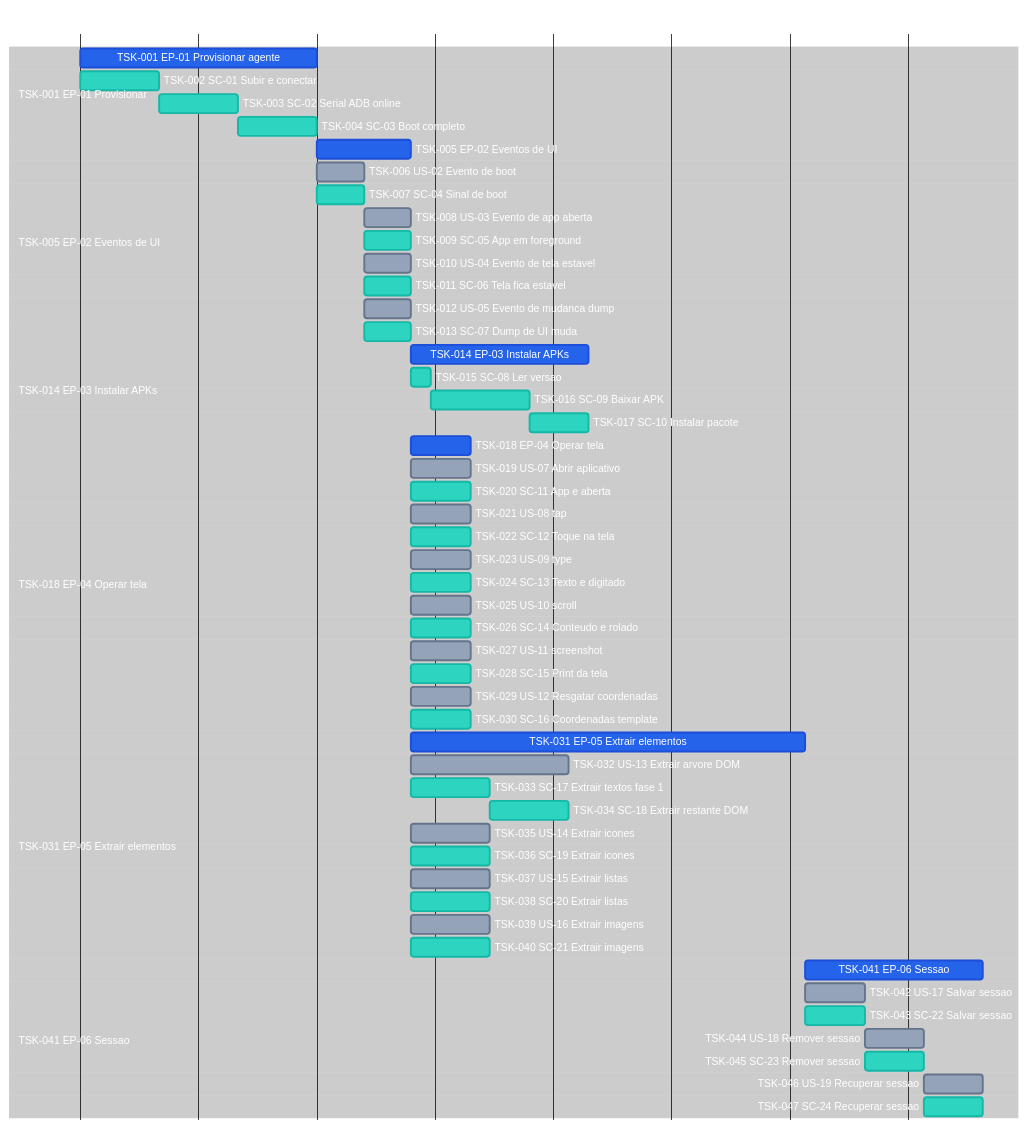
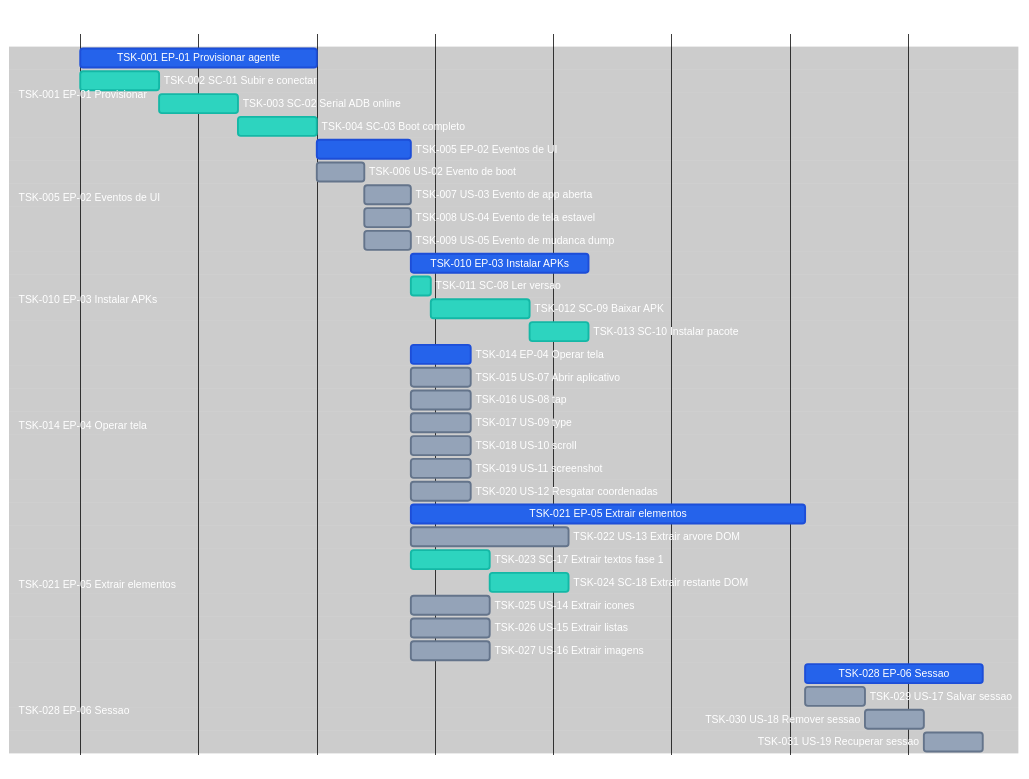
One commit to laerciogermano/workstation changed the diagram in connectmax/screen-robot/7.tasks.md. Above: the diagram before and after it, drawn with Mermaid. The commit also changed other lines of this file, not shown here.

Commit message:
Colapsa no Gantt de tasks pais com uma única filha SC; documenta a regra no discovery.

````diff
--- a/connectmax/screen-robot/7.tasks.md
+++ b/connectmax/screen-robot/7.tasks.md
@@ -59,53 +60,37 @@
   section TSK-005 EP-02 Eventos de UI
   TSK-005 EP-02 Eventos de UI           :done, tsk05, after tsk01, 24m
   TSK-006 US-02 Evento de boot          :tsk06, after tsk01, 12m
-  TSK-007 SC-04 Sinal de boot           :active, tsk07, after tsk01, 12m
-  TSK-008 US-03 Evento de app aberta    :tsk08, after tsk06, 12m
-  TSK-009 SC-05 App em foreground       :active, tsk09, after tsk06, 12m
-  TSK-010 US-04 Evento de tela estavel  :tsk10, after tsk06, 12m
-  TSK-011 SC-06 Tela fica estavel       :active, tsk11, after tsk06, 12m
-  TSK-012 US-05 Evento de mudanca dump  :tsk12, after tsk06, 12m
-  TSK-013 SC-07 Dump de UI muda         :active, tsk13, after tsk06, 12m
+  TSK-007 US-03 Evento de app aberta    :tsk07, after tsk06, 12m
+  TSK-008 US-04 Evento de tela estavel  :tsk08, after tsk06, 12m
+  TSK-009 US-05 Evento de mudanca dump  :tsk09, after tsk06, 12m
 
-  section TSK-014 EP-03 Instalar APKs
-  TSK-014 EP-03 Instalar APKs           :done, tsk14, after tsk12, 45m
-  TSK-015 SC-08 Ler versao              :active, tsk15, after tsk12, 5m
-  TSK-016 SC-09 Baixar APK              :active, tsk16, after tsk15, 25m
-  TSK-017 SC-10 Instalar pacote         :active, tsk17, after tsk16, 15m
+  section TSK-010 EP-03 Instalar APKs
+  TSK-010 EP-03 Instalar APKs           :done, tsk10, after tsk09, 45m
+  TSK-011 SC-08 Ler versao              :active, tsk11, after tsk09, 5m
+  TSK-012 SC-09 Baixar APK              :active, tsk12, after tsk11, 25m
+  TSK-013 SC-10 Instalar pacote         :active, tsk13, after tsk12, 15m
 
-  section TSK-018 EP-04 Operar tela
-  TSK-018 EP-04 Operar tela             :done, tsk18, after tsk12, 15m
-  TSK-019 US-07 Abrir aplicativo        :tsk19, after tsk12, 15m
-  TSK-020 SC-11 App e aberta            :active, tsk20, after tsk12, 15m
-  TSK-021 US-08 tap                     :tsk21, after tsk12, 15m
-  TSK-022 SC-12 Toque na tela           :active, tsk22, after tsk12, 15m
-  TSK-023 US-09 type                    :tsk23, after tsk12, 15m
-  TSK-024 SC-13 Texto e digitado        :active, tsk24, after tsk12, 15m
-  TSK-025 US-10 scroll                  :tsk25, after tsk12, 15m
-  TSK-026 SC-14 Conteudo e rolado       :active, tsk26, after tsk12, 15m
-  TSK-027 US-11 screenshot              :tsk27, after tsk12, 15m
-  TSK-028 SC-15 Print da tela           :active, tsk28, after tsk12, 15m
-  TSK-029 US-12 Resgatar coordenadas    :tsk29, after tsk12, 15m
-  TSK-030 SC-16 Coordenadas template    :active, tsk30, after tsk12, 15m
+  section TSK-014 EP-04 Operar tela
+  TSK-014 EP-04 Operar tela             :done, tsk14, after tsk09, 15m
+  TSK-015 US-07 Abrir aplicativo        :tsk15, after tsk09, 15m
+  TSK-016 US-08 tap                     :tsk16, after tsk09, 15m
+  TSK-017 US-09 type                    :tsk17, after tsk09, 15m
+  TSK-018 US-10 scroll                  :tsk18, after tsk09, 15m
+  TSK-019 US-11 screenshot              :tsk19, after tsk09, 15m
+  TSK-020 US-12 Resgatar coordenadas    :tsk20, after tsk09, 15m
 
-  section TSK-031 EP-05 Extrair elementos
-  TSK-031 EP-05 Extrair elementos       :done, tsk31, after tsk12, 100m
-  TSK-032 US-13 Extrair arvore DOM      :tsk32, after tsk12, 40m
-  TSK-033 SC-17 Extrair textos fase 1   :active, tsk33, after tsk12, 20m
-  TSK-034 SC-18 Extrair restante DOM    :active, tsk34, after tsk33, 20m
-  TSK-035 US-14 Extrair icones          :tsk35, after tsk12, 20m
-  TSK-036 SC-19 Extrair icones          :active, tsk36, after tsk12, 20m
-  TSK-037 US-15 Extrair listas          :tsk37, after tsk12, 20m
-  TSK-038 SC-20 Extrair listas          :active, tsk38, after tsk12, 20m
-  TSK-039 US-16 Extrair imagens         :tsk39, after tsk12, 20m
-  TSK-040 SC-21 Extrair imagens         :active, tsk40, after tsk12, 20m
+  section TSK-021 EP-05 Extrair elementos
+  TSK-021 EP-05 Extrair elementos       :done, tsk21, after tsk09, 100m
+  TSK-022 US-13 Extrair arvore DOM      :tsk22, after tsk09, 40m
+  TSK-023 SC-17 Extrair textos fase 1   :active, tsk23, after tsk09, 20m
+  TSK-024 SC-18 Extrair restante DOM    :active, tsk24, after tsk23, 20m
+  TSK-025 US-14 Extrair icones          :tsk25, after tsk09, 20m
+  TSK-026 US-15 Extrair listas          :tsk26, after tsk09, 20m
+  TSK-027 US-16 Extrair imagens         :tsk27, after tsk09, 20m
 
-  section TSK-041 EP-06 Sessao
-  TSK-041 EP-06 Sessao                  :done, tsk41, after tsk31, 45m
-  TSK-042 US-17 Salvar sessao           :tsk42, after tsk31, 15m
-  TSK-043 SC-22 Salvar sessao           :active, tsk43, after tsk31, 15m
-  TSK-044 US-18 Remover sessao          :tsk44, after tsk42, 15m
-  TSK-045 SC-23 Remover sessao          :active, tsk45, after tsk42, 15m
-  TSK-046 US-19 Recuperar sessao        :tsk46, after tsk44, 15m
-  TSK-047 SC-24 Recuperar sessao        :active, tsk47, after tsk44, 15m
+  section TSK-028 EP-06 Sessao
+  TSK-028 EP-06 Sessao                  :done, tsk28, after tsk21, 45m
+  TSK-029 US-17 Salvar sessao           :tsk29, after tsk21, 15m
+  TSK-030 US-18 Remover sessao          :tsk30, after tsk29, 15m
+  TSK-031 US-19 Recuperar sessao        :tsk31, after tsk30, 15m
 ```
````
